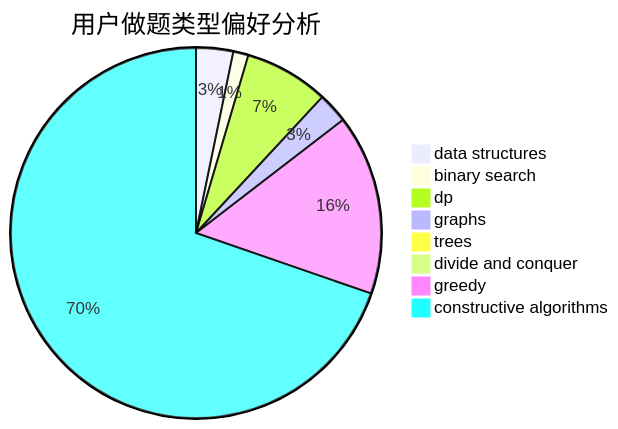
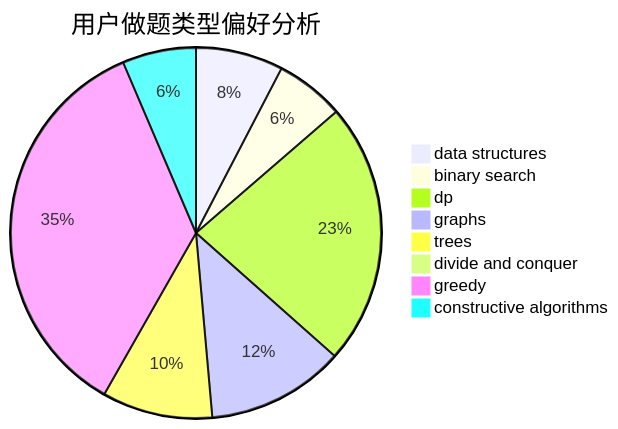
The second of 3 diagrams in docs/user/u278.md (sherpahu/cfrs.github.io), drawn with Mermaid before and after one commit. The commit also changed other lines of this file and 2770 other files, not shown here.

````diff
--- a/docs/user/u278.md
+++ b/docs/user/u278.md
@@ -23,11 +23,11 @@
 ```mermaid
 pie title 用户做题类型偏好分析
-    "data structures" :  22
-    "binary search" :  9
-    "dp" :  50
-    "graphs" :  18
-    "trees" :  2
+    "data structures" :  19
+    "binary search" :  15
+    "dp" :  57
+    "graphs" :  30
+    "trees" :  24
     "divide and conquer" :  0
-    "greedy" :  107
-    "constructive algorithms" :  474
+    "greedy" :  88
+    "constructive algorithms" :  16
 ```
````
